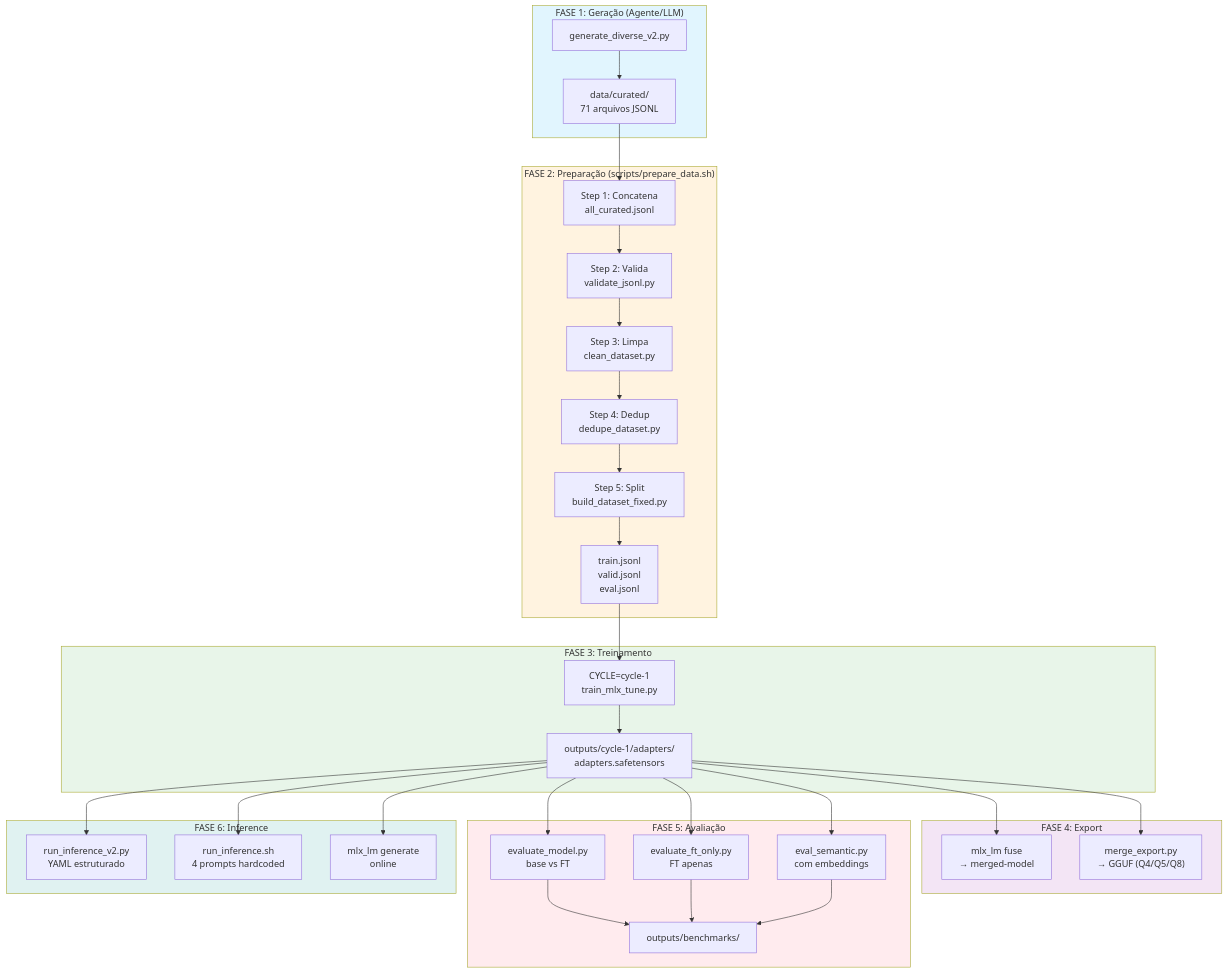
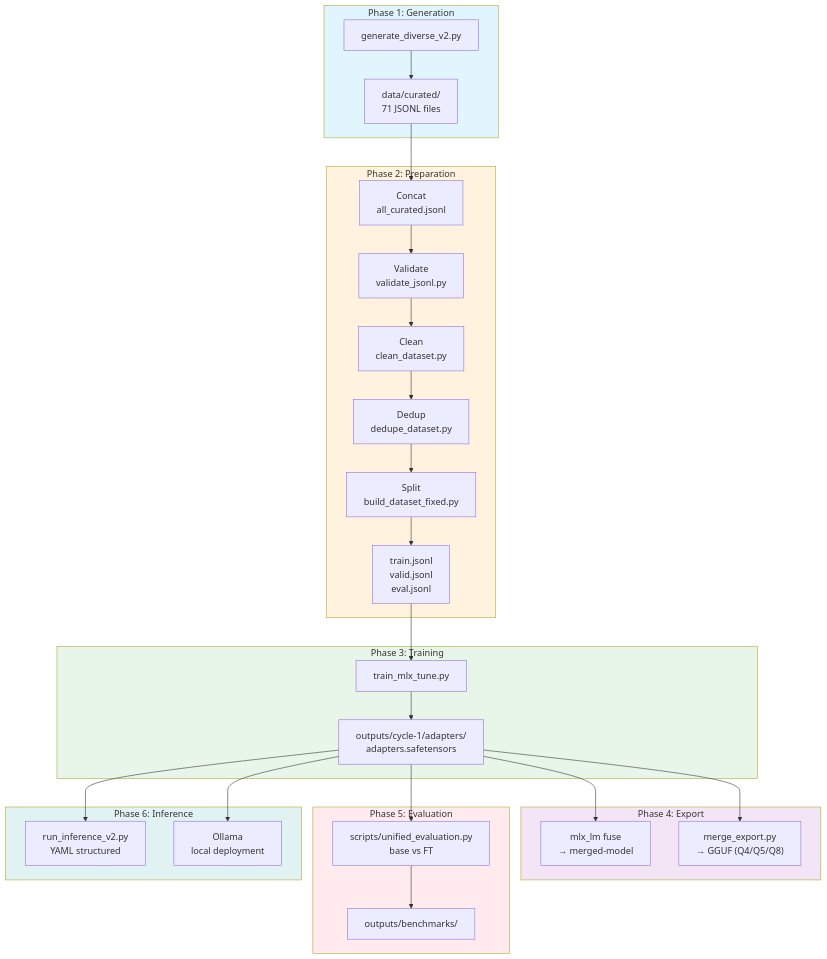
One commit to otavio-lemos/olia-2-oci changed the diagram in README.md. Above: the diagram before and after it, drawn with Mermaid. The commit also changed other lines of this file and 107 other files, not shown here.

First line of the commit message:
feat: improve dataset generation + cleaning pipeline

````diff
--- a/README.md
+++ b/README.md
@@ -19,48 +19,43 @@
 ```mermaid
 flowchart TB
-    subgraph GERAÇÃO["FASE 1: Geração (Agente/LLM)"]
+    subgraph GENERATION["Phase 1: Generation"]
         A["generate_diverse_v2.py"]
-        A --> B["data/curated/<br/>71 arquivos JSONL"]
+        A --> B["data/curated/<br/>71 JSONL files"]
     end
 
-    subgraph PREPARAÇÃO["FASE 2: Preparação (scripts/prepare_data.sh)"]
-        B --> C1["Step 1: Concatena<br/>all_curated.jsonl"]
-        C1 --> C2["Step 2: Valida<br/>validate_jsonl.py"]
-        C2 --> C3["Step 3: Limpa<br/>clean_dataset.py"]
-        C3 --> C4["Step 4: Dedup<br/>dedupe_dataset.py"]
-        C4 --> C5["Step 5: Split<br/>build_dataset_fixed.py"]
+    subgraph PREPARATION["Phase 2: Preparation"]
+        B --> C1["Concat<br/>all_curated.jsonl"]
+        C1 --> C2["Validate<br/>validate_jsonl.py"]
+        C2 --> C3["Clean<br/>clean_dataset.py"]
+        C3 --> C4["Dedup<br/>dedupe_dataset.py"]
+        C4 --> C5["Split<br/>build_dataset_fixed.py"]
         C5 --> D["train.jsonl<br/>valid.jsonl<br/>eval.jsonl"]
     end
 
-    subgraph TREINO["FASE 3: Treinamento"]
-        D --> E["CYCLE=cycle-1<br/>train_mlx_tune.py"]
+    subgraph TRAINING["Phase 3: Training"]
+        D --> E["train_mlx_tune.py"]
         E --> F["outputs/cycle-1/adapters/<br/>adapters.safetensors"]
     end
 
-    subgraph EXPORT["FASE 4: Export"]
+    subgraph EXPORT["Phase 4: Export"]
         F --> G1["mlx_lm fuse<br/>→ merged-model"]
         F --> G2["merge_export.py<br/>→ GGUF (Q4/Q5/Q8)"]
     end
 
-    subgraph AVALIAÇÃO["FASE 5: Avaliação"]
-        F --> H1["evaluate_model.py<br/>base vs FT"]
-        F --> H2["evaluate_ft_only.py<br/>FT apenas"]
-        F --> H3["eval_semantic.py<br/>com embeddings"]
-        H1 --> I["outputs/benchmarks/"]
-        H2 --> I
-        H3 --> I
+    subgraph EVALUATION["Phase 5: Evaluation"]
+        F --> H["scripts/unified_evaluation.py<br/>base vs FT"]
+        H --> I["outputs/benchmarks/"]
     end
 
-    subgraph INFERENCE["FASE 6: Inference"]
-        F --> J1["run_inference_v2.py<br/>YAML estruturado"]
-        F --> J2["run_inference.sh<br/>4 prompts hardcoded"]
-        F --> J3["mlx_lm generate<br/>online"]
+    subgraph INFERENCE["Phase 6: Inference"]
+        F --> J1["run_inference_v2.py<br/>YAML structured"]
+        F --> J2["Ollama<br/>local deployment"]
     end
 
-    style GERAÇÃO fill:#e1f5fe
-    style PREPARAÇÃO fill:#fff3e0
-    style TREINO fill:#e8f5e9
+    style GENERATION fill:#e1f5fe
+    style PREPARATION fill:#fff3e0
+    style TRAINING fill:#e8f5e9
     style EXPORT fill:#f3e5f5
-    style AVALIAÇÃO fill:#ffebee
+    style EVALUATION fill:#ffebee
     style INFERENCE fill:#e0f2f1
 ```
````
